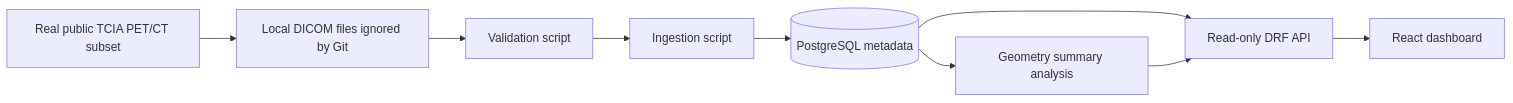
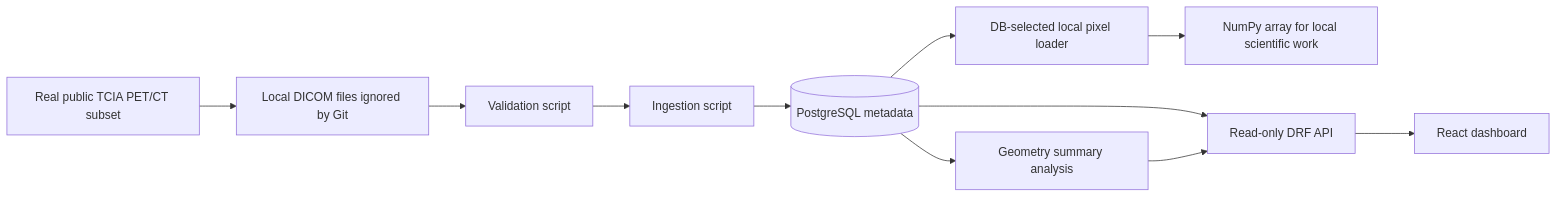
One commit to wpop/quantitative-molecular-imaging-platform changed the diagram in docs/architecture.md. Above: the diagram before and after it, drawn with Mermaid. The commit also changed other lines of this file and 4 other files, not shown here.

Commit message:
Add DB-selected DICOM pixel loader

````diff
--- a/docs/architecture.md
+++ b/docs/architecture.md
@@ -10,11 +10,13 @@
 ```mermaid
 flowchart LR
     A[Real public TCIA PET/CT subset] --> B[Local DICOM files ignored by Git]
     B --> C[Validation script]
     C --> D[Ingestion script]
     D --> E[(PostgreSQL metadata)]
     E --> F[Geometry summary analysis]
+    E --> I[DB-selected local pixel loader]
+    I --> J[NumPy array for local scientific work]
     E --> G[Read-only DRF API]
     F --> G
     G --> H[React dashboard]
 ```
````
